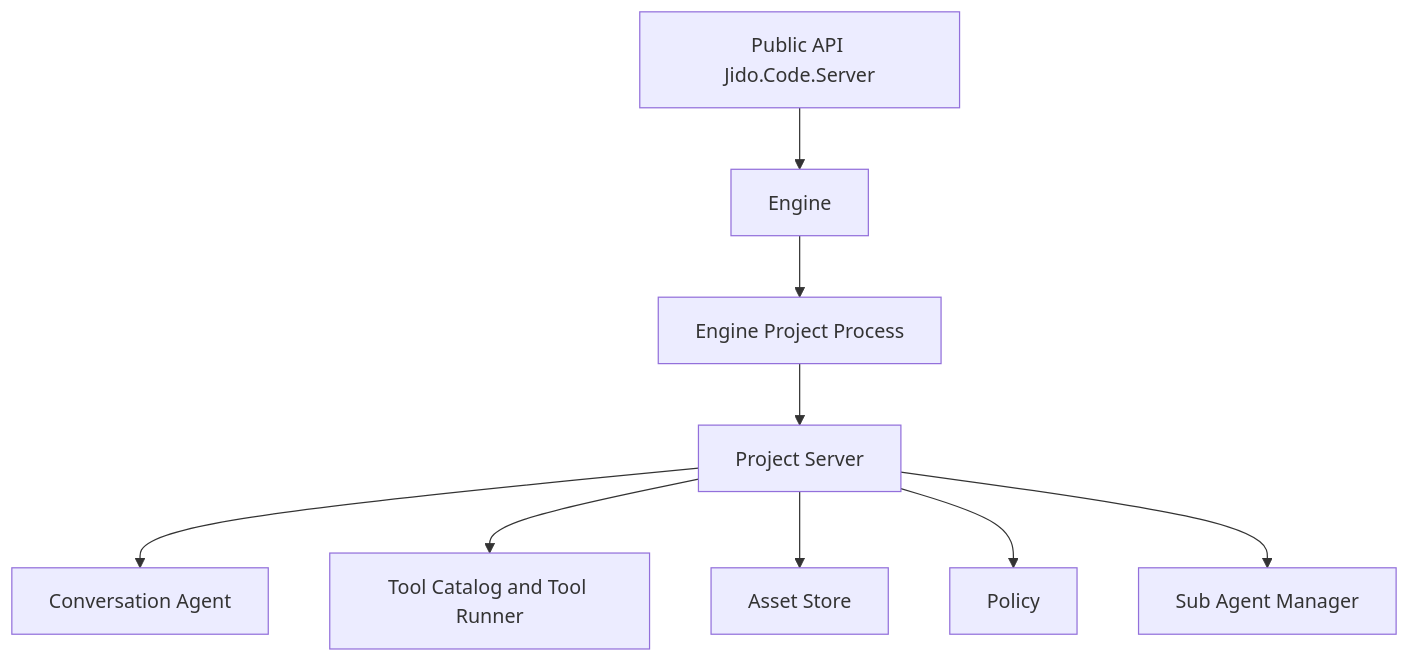
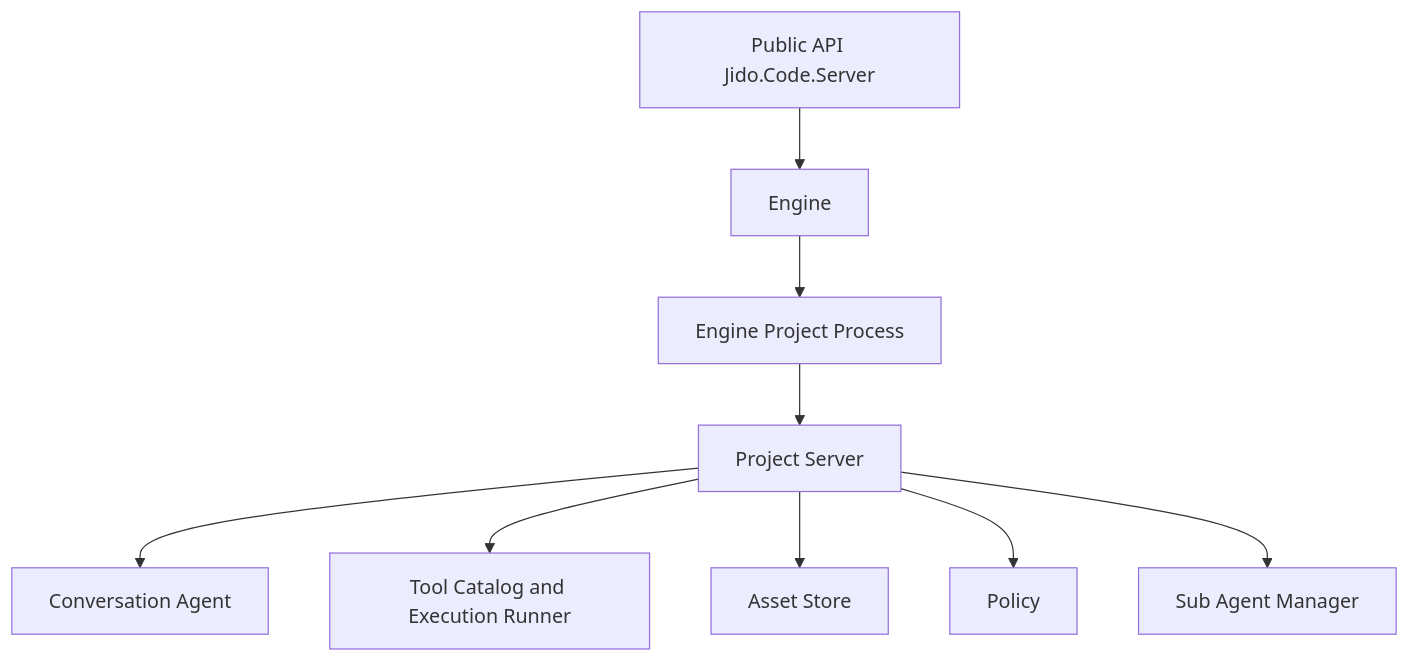
Before and after one commit to pcharbon70/jido_code_server: the diagram in docs/developer/01-guide-map.md, drawn with Mermaid. The commit also changed other lines of this file and 20 other files, not shown here.

Commit message:
rename ToolRunner to ExecutionRunner

````diff
--- a/docs/developer/01-guide-map.md
+++ b/docs/developer/01-guide-map.md
@@ -23,11 +23,11 @@
 ```mermaid
 flowchart TD
     API[Public API Jido.Code.Server] --> Engine[Engine]
     Engine --> ProjectProc[Engine Project Process]
     ProjectProc --> ProjectServer[Project Server]
     ProjectServer --> ConvAgent[Conversation Agent]
-    ProjectServer --> Tooling[Tool Catalog and Tool Runner]
+    ProjectServer --> Tooling[Tool Catalog and Execution Runner]
     ProjectServer --> Assets[Asset Store]
     ProjectServer --> Policy[Policy]
     ProjectServer --> Subagents[Sub Agent Manager]
 ```
````
